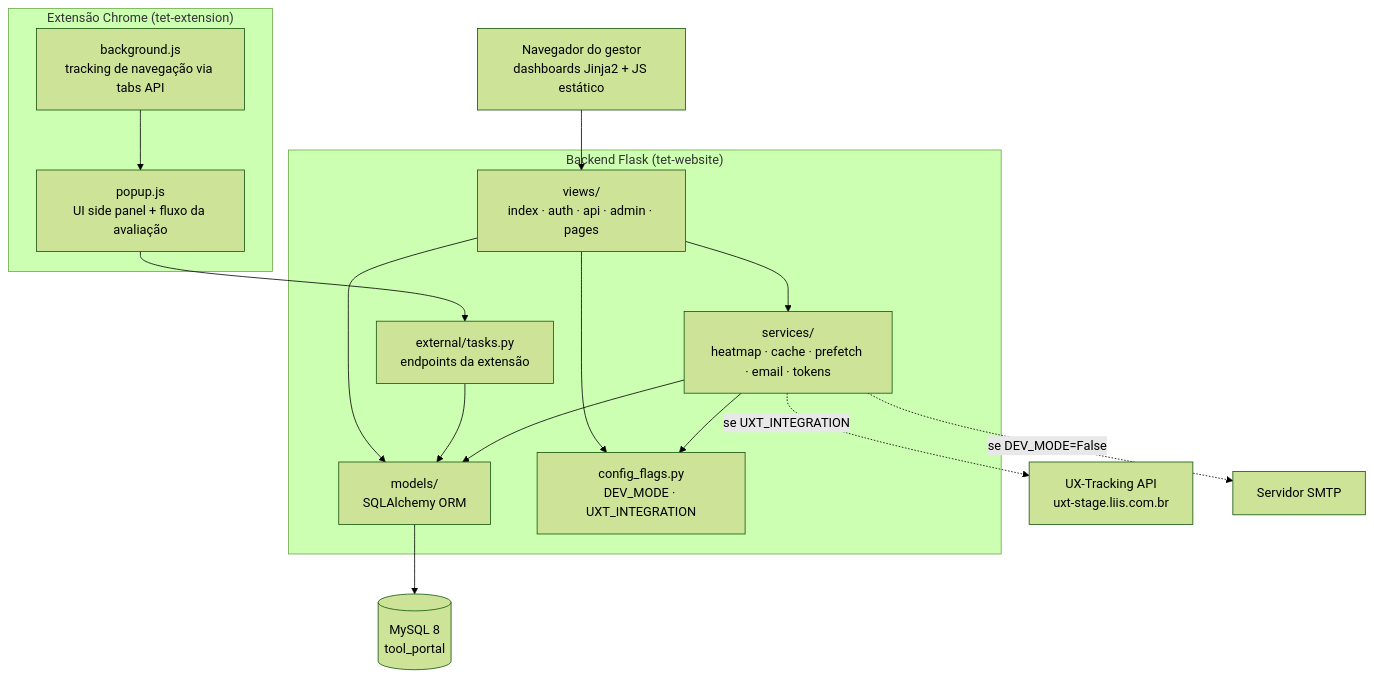
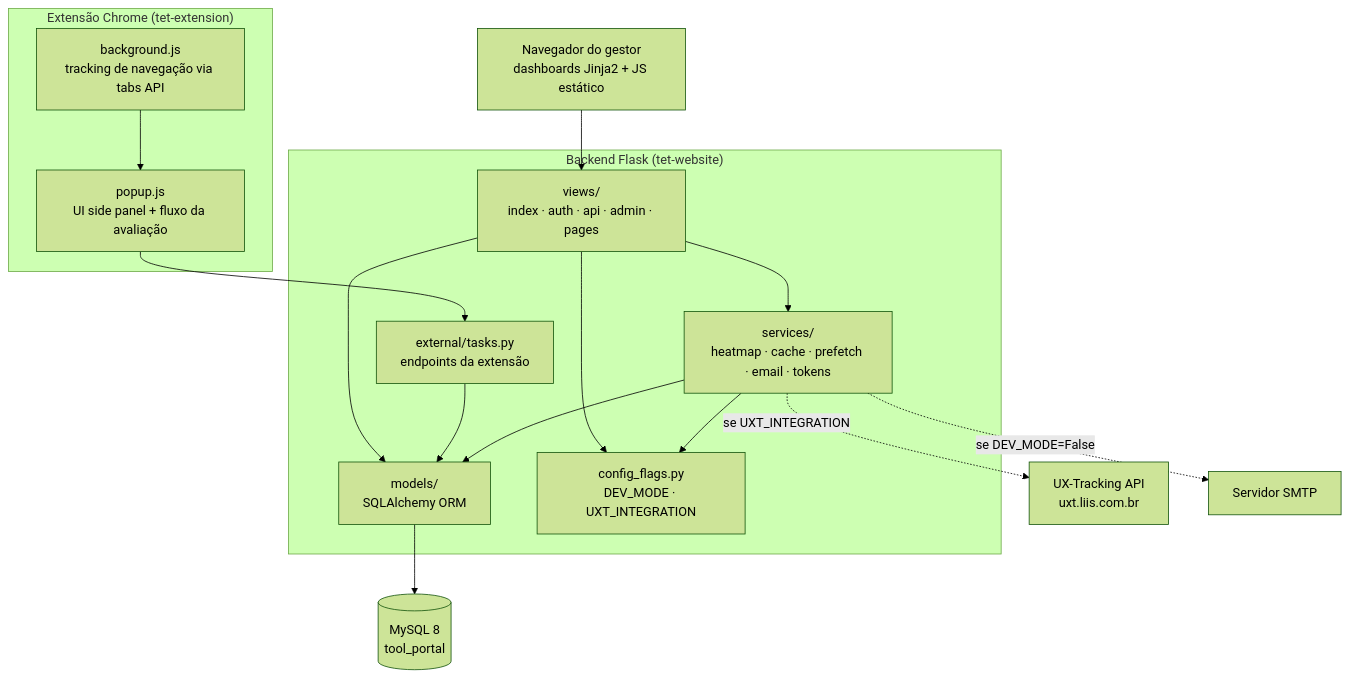
One commit to alexandr10cl/SECO-Transparency-Framework changed the first of 5 diagrams in docs/ARCHITECTURE.md. Above: the diagram before and after it, drawn with Mermaid (forest theme). The commit also changed 4 other files, not shown here.

Commit message:
chore: Atualiza o link da api da UX-Tracking

````diff
--- a/docs/ARCHITECTURE.md
+++ b/docs/ARCHITECTURE.md
@@ -18,33 +18,33 @@
 ```mermaid
 flowchart TB
     subgraph Extensao["Extensão Chrome (tet-extension)"]
         POPUP["popup.js<br/>UI side panel + fluxo da avaliação"]
         BG["background.js<br/>tracking de navegação via tabs API"]
     end
 
     subgraph Backend["Backend Flask (tet-website)"]
         VIEWS["views/<br/>index · auth · api · admin · pages"]
         EXT["external/tasks.py<br/>endpoints da extensão"]
         SERVICES["services/<br/>heatmap · cache · prefetch · email · tokens"]
         MODELS["models/<br/>SQLAlchemy ORM"]
         FLAGS["config_flags.py<br/>DEV_MODE · UXT_INTEGRATION"]
     end
 
     DB[("MySQL 8<br/>tool_portal")]
-    UXT["UX-Tracking API<br/>uxt-stage.liis.com.br"]
+    UXT["UX-Tracking API<br/>uxt.liis.com.br"]
     SMTP["Servidor SMTP"]
     BROWSER["Navegador do gestor<br/>dashboards Jinja2 + JS estático"]
 
     POPUP --> EXT
     BG --> POPUP
     BROWSER --> VIEWS
     VIEWS --> SERVICES
     VIEWS --> MODELS
     EXT --> MODELS
     SERVICES --> MODELS
     MODELS --> DB
     SERVICES -. "se UXT_INTEGRATION" .-> UXT
     SERVICES -. "se DEV_MODE=False" .-> SMTP
     VIEWS --> FLAGS
     SERVICES --> FLAGS
 ```
````
